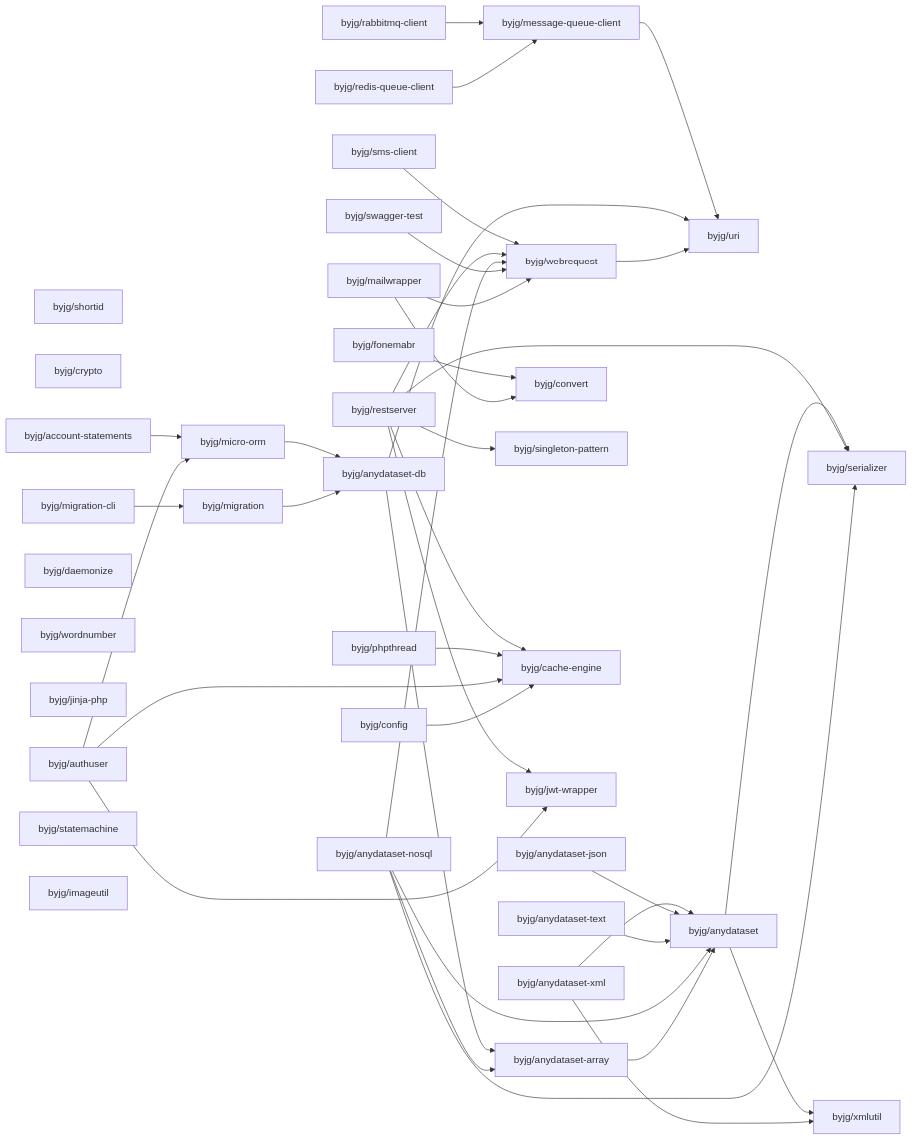
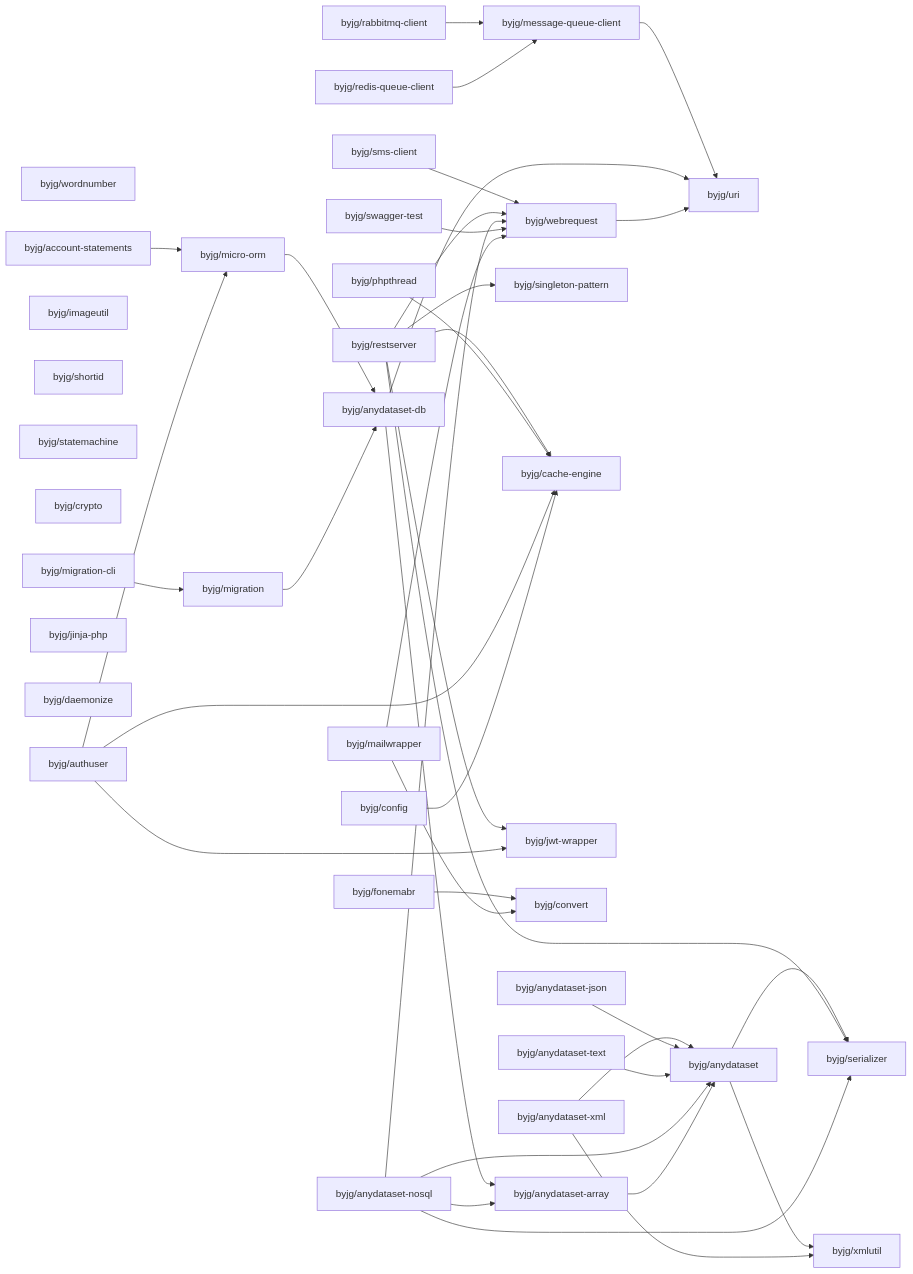
Before and after one commit to byjg/byjg.github.io: the diagram in docs/php/README.md, drawn with Mermaid. The commit also changed other lines of this file, not shown here.

Commit message:
Update documentation 'php' 'php-micro-orm'

````diff
--- a/docs/php/README.md
+++ b/docs/php/README.md
@@ -3,76 +3,76 @@
 ```mermaid
 graph LR;
+  byjg/wordnumber;
+  byjg/account-statements;
+  byjg/anydataset-text;
+  byjg/imageutil;
+  byjg/fonemabr;
   byjg/shortid;
-  byjg/fonemabr;
+  byjg/anydataset-json;
+  byjg/statemachine;
   byjg/crypto;
+  byjg/phpthread;
+  byjg/authuser;
+  byjg/sms-client;
+  byjg/jinja-php;
+  byjg/config;
+  byjg/restserver;
+  byjg/rabbitmq-client;
+  byjg/mailwrapper;
+  byjg/anydataset-xml;
+  byjg/daemonize;
   byjg/redis-queue-client;
-  byjg/authuser;
-  byjg/swagger-test;
-  byjg/account-statements;
-  byjg/sms-client;
-  byjg/daemonize;
-  byjg/anydataset-xml;
-  byjg/anydataset-text;
-  byjg/config;
-  byjg/rabbitmq-client;
-  byjg/anydataset-json;
-  byjg/phpthread;
-  byjg/wordnumber;
-  byjg/jinja-php;
-  byjg/mailwrapper;
-  byjg/restserver;
   byjg/anydataset-nosql;
   byjg/migration-cli;
-  byjg/statemachine;
-  byjg/imageutil;
+  byjg/swagger-test;
   byjg/micro-orm;
-  byjg/message-queue-client;
-  byjg/convert;
   byjg/singleton-pattern;
   byjg/cache-engine;
   byjg/jwt-wrapper;
+  byjg/convert;
+  byjg/message-queue-client;
+  byjg/migration;
   byjg/webrequest;
-  byjg/migration;
   byjg/anydataset-db;
   byjg/anydataset-array;
   byjg/uri;
   byjg/anydataset;
   byjg/serializer;
   byjg/xmlutil;
   byjg/account-statements --> byjg/micro-orm;
   byjg/message-queue-client --> byjg/uri;
   byjg/anydataset --> byjg/serializer;
   byjg/anydataset --> byjg/xmlutil;
   byjg/rabbitmq-client --> byjg/message-queue-client;
   byjg/anydataset-xml --> byjg/anydataset;
   byjg/anydataset-xml --> byjg/xmlutil;
   byjg/sms-client --> byjg/webrequest;
   byjg/anydataset-db --> byjg/anydataset-array;
   byjg/anydataset-db --> byjg/uri;
   byjg/micro-orm --> byjg/anydataset-db;
   byjg/anydataset-json --> byjg/anydataset;
   byjg/restserver --> byjg/serializer;
   byjg/restserver --> byjg/singleton-pattern;
   byjg/restserver --> byjg/cache-engine;
   byjg/restserver --> byjg/webrequest;
   byjg/restserver --> byjg/jwt-wrapper;
   byjg/webrequest --> byjg/uri;
   byjg/anydataset-text --> byjg/anydataset;
   byjg/redis-queue-client --> byjg/message-queue-client;
   byjg/phpthread --> byjg/cache-engine;
   byjg/authuser --> byjg/micro-orm;
   byjg/authuser --> byjg/cache-engine;
   byjg/authuser --> byjg/jwt-wrapper;
   byjg/config --> byjg/cache-engine;
   byjg/fonemabr --> byjg/convert;
   byjg/anydataset-nosql --> byjg/anydataset;
   byjg/anydataset-nosql --> byjg/anydataset-array;
   byjg/anydataset-nosql --> byjg/serializer;
   byjg/anydataset-nosql --> byjg/webrequest;
   byjg/anydataset-array --> byjg/anydataset;
   byjg/swagger-test --> byjg/webrequest;
   byjg/migration-cli --> byjg/migration;
   byjg/migration --> byjg/anydataset-db;
   byjg/mailwrapper --> byjg/convert;
   byjg/mailwrapper --> byjg/webrequest;
 ```
````
